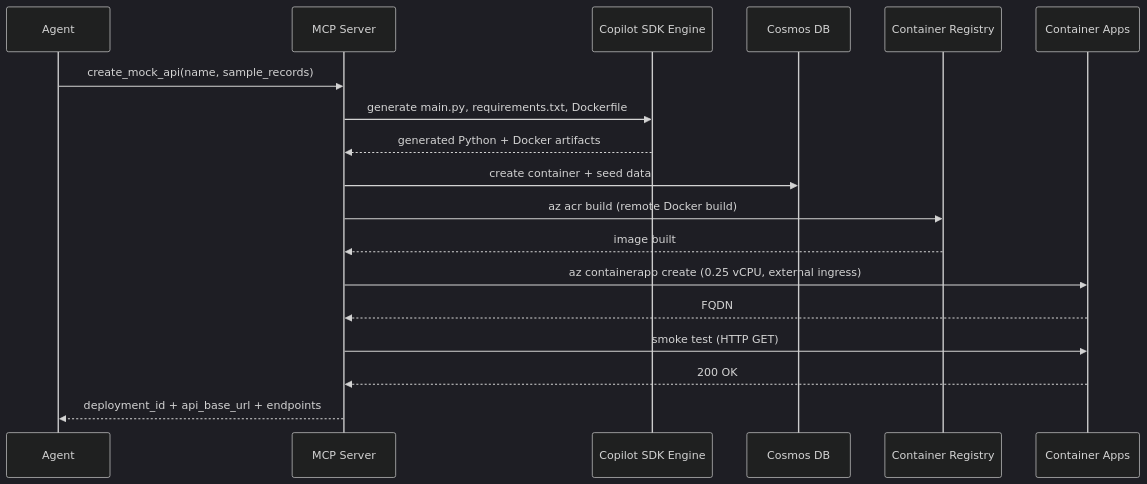
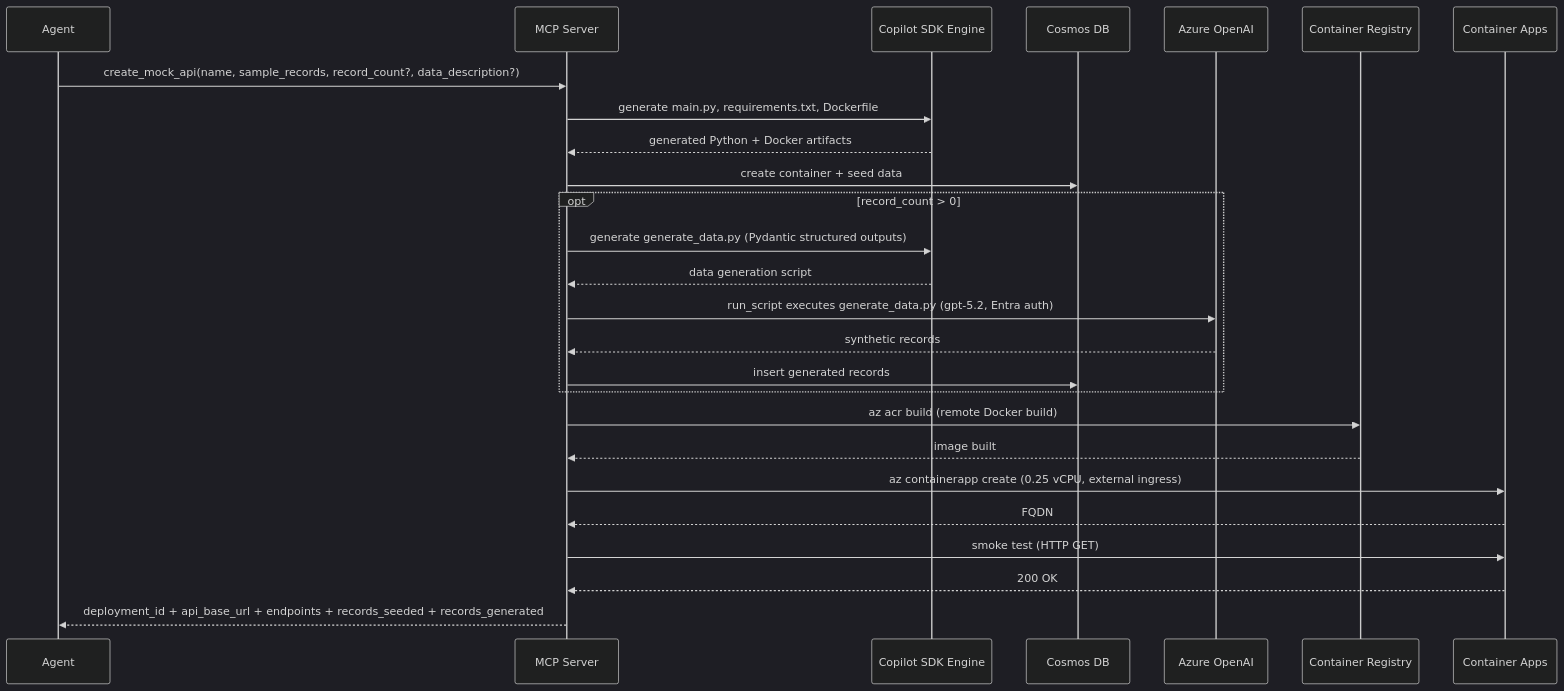
The diagram in ARCHITECTURE.md (tkubica12/agentic-component-factory), drawn with Mermaid (dark theme) before and after one commit. The commit also changed other lines of this file and 12 other files, not shown here.

Commit message:
data generation

````diff
--- a/ARCHITECTURE.md
+++ b/ARCHITECTURE.md
@@ -210,21 +219,29 @@
 ```mermaid
 sequenceDiagram
     participant Agent
     participant MCP as MCP Server
     participant Gen as Copilot SDK Engine
     participant Cosmos as Cosmos DB
+    participant AOAI as Azure OpenAI
     participant ACR as Container Registry
     participant ACA as Container Apps
 
-    Agent->>MCP: create_mock_api(name, sample_records)
+    Agent->>MCP: create_mock_api(name, sample_records, record_count?, data_description?)
     MCP->>Gen: generate main.py, requirements.txt, Dockerfile
     Gen-->>MCP: generated Python + Docker artifacts
     MCP->>Cosmos: create container + seed data
+    opt record_count > 0
+        MCP->>Gen: generate generate_data.py (Pydantic structured outputs)
+        Gen-->>MCP: data generation script
+        MCP->>AOAI: run_script executes generate_data.py (gpt-5.2, Entra auth)
+        AOAI-->>MCP: synthetic records
+        MCP->>Cosmos: insert generated records
+    end
     MCP->>ACR: az acr build (remote Docker build)
     ACR-->>MCP: image built
     MCP->>ACA: az containerapp create (0.25 vCPU, external ingress)
     ACA-->>MCP: FQDN
     MCP->>ACA: smoke test (HTTP GET)
     ACA-->>MCP: 200 OK
-    MCP-->>Agent: deployment_id + api_base_url + endpoints
+    MCP-->>Agent: deployment_id + api_base_url + endpoints + records_seeded + records_generated
 ```
````
